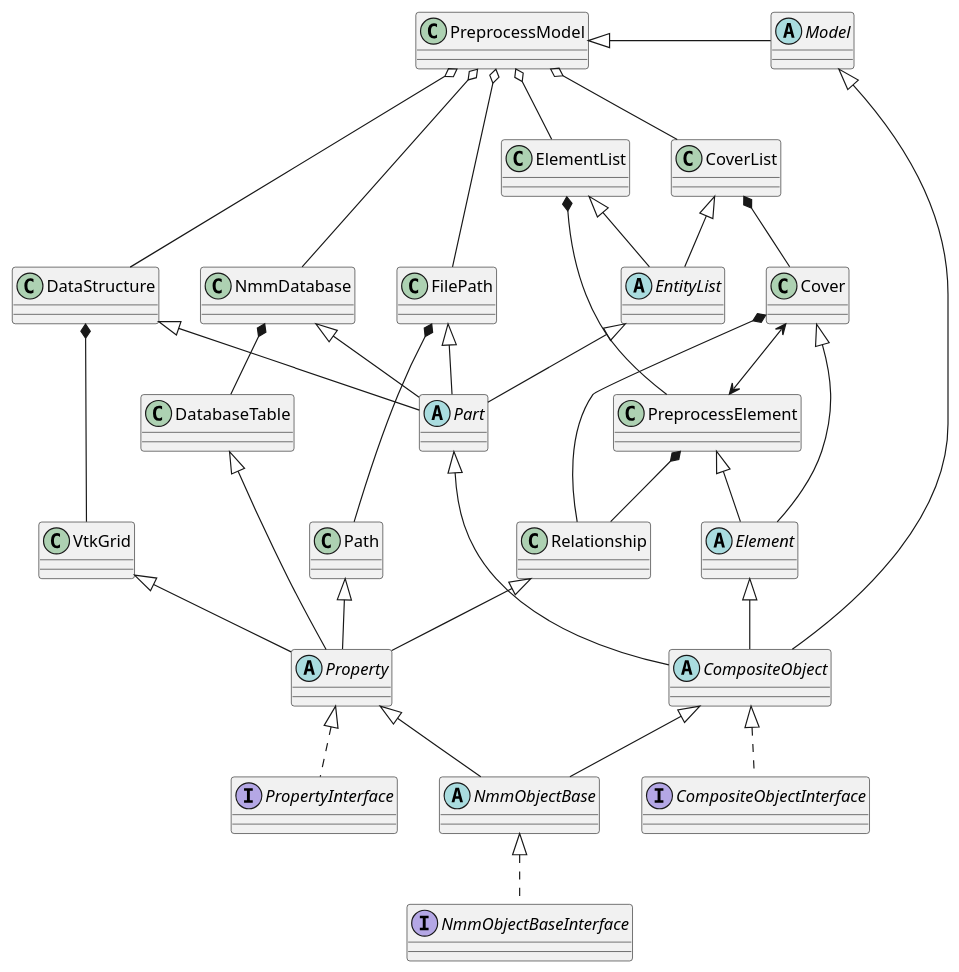
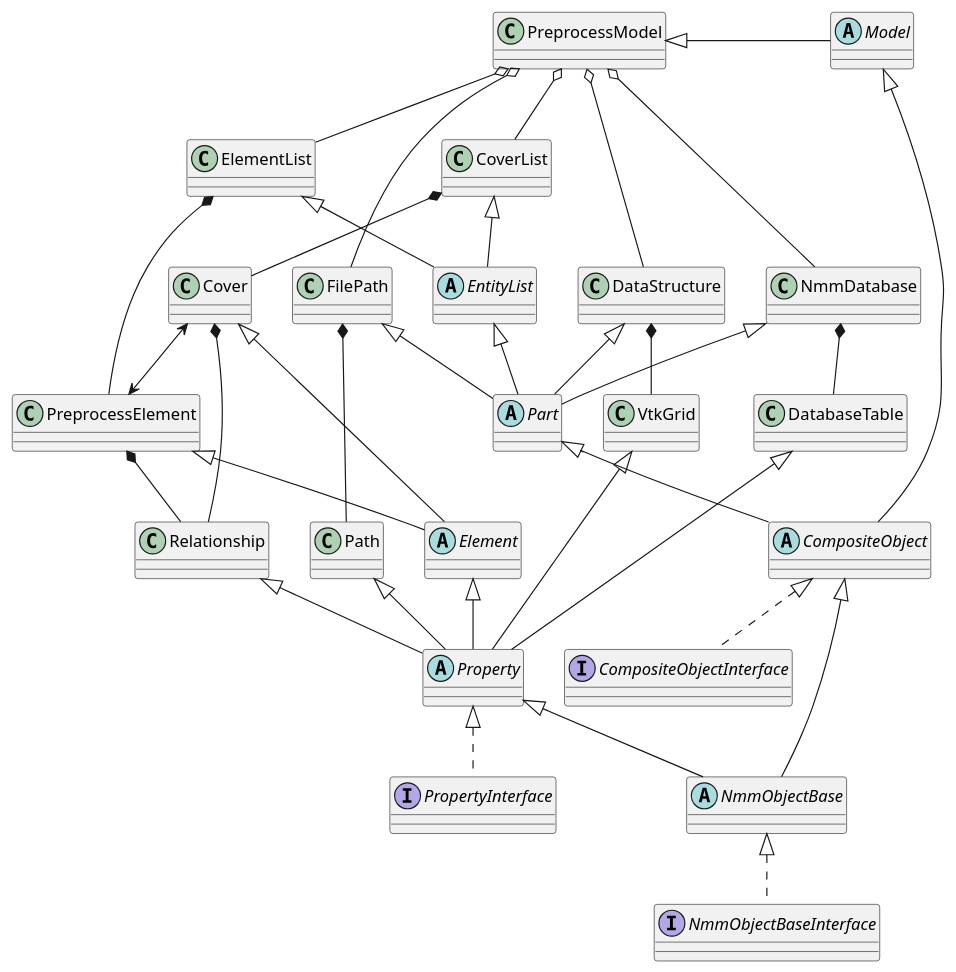
The diagram in NMM/base/Object/ObjectEntity.puml (altair0708/pythonwithnmm), drawn with PlantUML before and after one commit. The commit also changed 27 other files, not shown here.

```diff
--- a/NMM/base/Object/ObjectEntity.puml
+++ b/NMM/base/Object/ObjectEntity.puml
@@ -1,90 +1,90 @@
 @startuml
 'https://plantuml.com/class-diagram
 
 interface NmmObjectBaseInterface{
 }
 abstract class NmmObjectBase{
 }
 interface CompositeObjectInterface{
 }
 abstract class CompositeObject{
 }
 abstract class Part{
 }
 class FilePath
 class DataStructure
 
 NmmObjectBase <|.. NmmObjectBaseInterface
 CompositeObject <|.. CompositeObjectInterface
 CompositeObject <|-- NmmObjectBase
 Part <|-- CompositeObject
 FilePath <|-- Part
 DataStructure <|-- Part
 
 interface PropertyInterface{
 }
 abstract class Property{
 }
 class Path
 class VtkGrid
 
 
 Property <|-- NmmObjectBase
 Property <|.. PropertyInterface
 Path <|-- Property
 FilePath *-- Path
 VtkGrid <|-- Property
 DataStructure *-- VtkGrid
 
 abstract class Model{
 }
 class PreprocessModel{
 }
 Model <|-- CompositeObject
 PreprocessModel <|- Model
 PreprocessModel o-- FilePath
 PreprocessModel o-- DataStructure
 
 class NmmDatabase{
 }
 class DatabaseTable{
 }
 DatabaseTable <|-- Property
 NmmDatabase <|-- Part
 NmmDatabase *-- DatabaseTable
 PreprocessModel o-- NmmDatabase
 
 abstract class EntityList{
 }
 class ElementList{
 }
 abstract class Element{
 }
 class PreprocessElement{
 }
 class Relationship{
 }
 
 ElementList <|-- EntityList
 EntityList <|-- Part
 PreprocessElement <|-- Element
-Element <|-- CompositeObject
+Element <|-- Property
 Relationship <|-- Property
 
 PreprocessModel o-- ElementList
 ElementList *-- PreprocessElement
 PreprocessElement *-- Relationship
 
 class Cover{
 }
 class CoverList{
 }
 Cover <|-- Element
 CoverList <|-- EntityList
 CoverList *-- Cover
 Cover *-- Relationship
 PreprocessModel o-- CoverList
 
 Cover <--> PreprocessElement
 
 @enduml
```
